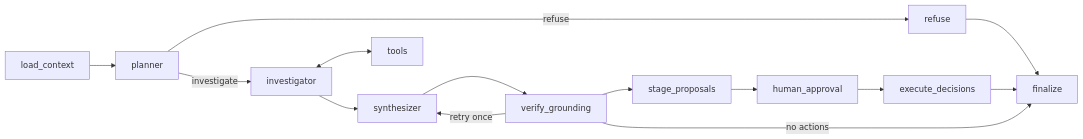
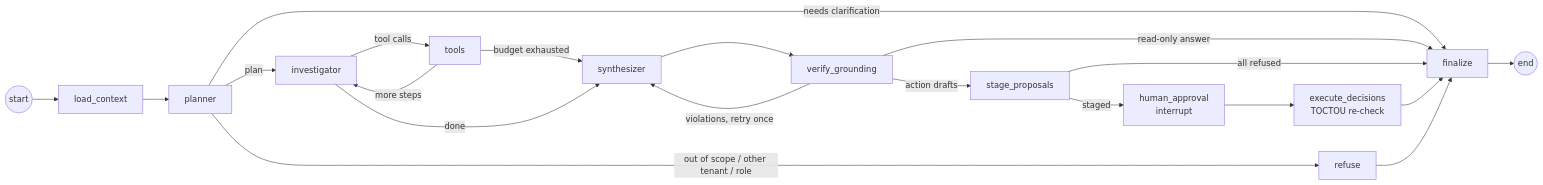
The diagram in README.md (SouravSharan/agentic-fleet-copilot), drawn with Mermaid before and after one commit. The commit also changed other lines of this file and 12 other files, not shown here.

````diff
--- a/README.md
+++ b/README.md
@@ -106,15 +129,22 @@
 ```mermaid
 flowchart LR
-    LC[load_context] --> PL[planner]
-    PL -->|refuse| REF[refuse] --> FIN[finalize]
-    PL -->|investigate| INV[investigator]
-    INV <--> TLS[tools]
-    INV --> SYN[synthesizer]
+    START((start)) --> LC[load_context]
+    LC --> PL[planner]
+    PL -->|out of scope / other tenant / role| REF[refuse]
+    PL -->|needs clarification| FIN
+    PL -->|plan| INV[investigator]
+    INV -->|tool calls| TLS[tools]
+    TLS -->|more steps| INV
+    TLS -->|budget exhausted| SYN
+    INV -->|done| SYN[synthesizer]
     SYN --> VER[verify_grounding]
-    VER -->|retry once| SYN
-    VER --> STG[stage_proposals]
-    STG --> HITL[human_approval]
-    HITL --> EXE[execute_decisions]
-    EXE --> FIN
-    VER -->|no actions| FIN
+    VER -->|violations, retry once| SYN
+    VER -->|action drafts| STG[stage_proposals]
+    VER -->|read-only answer| FIN
+    STG -->|staged| HITL[human_approval<br/>interrupt]
+    STG -->|all refused| FIN
+    HITL --> EXE[execute_decisions<br/>TOCTOU re-check]
+    EXE --> FIN[finalize]
+    REF --> FIN
+    FIN --> END((end))
 ```
````
